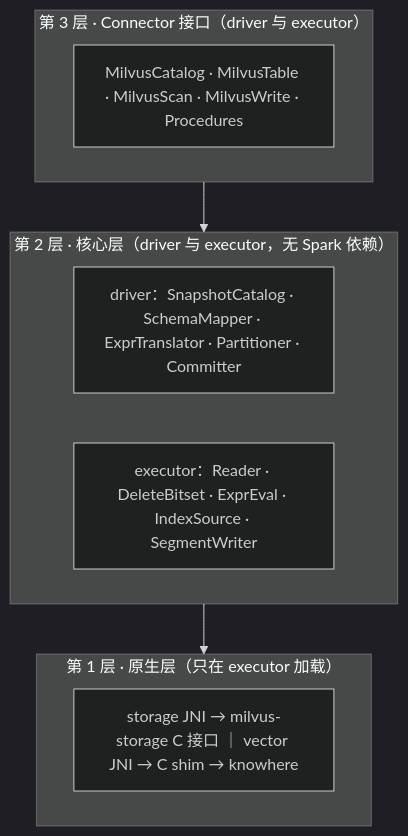
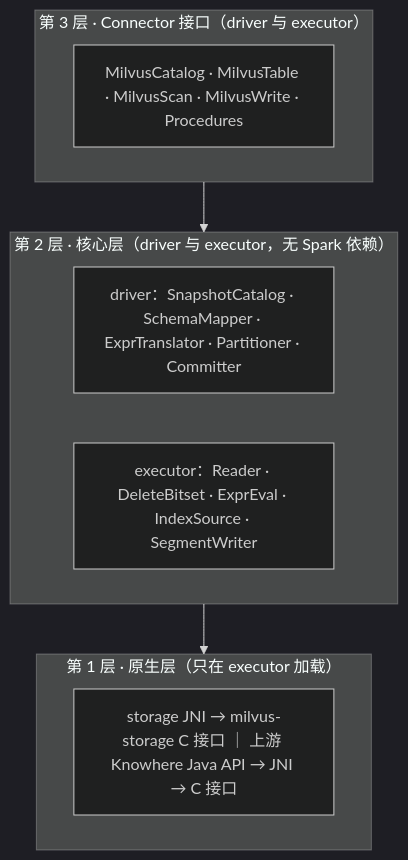
Before and after one commit to zilliztech/spark-milvus: the first of 3 diagrams in docs/design/README.md, drawn with Mermaid (dark theme). The commit also changed other lines of this file and 99 other files, not shown here.

Commit message:
feat: search persisted Milvus indexes through Knowhere

````diff
--- a/docs/design/README.md
+++ b/docs/design/README.md
@@ -53,14 +53,14 @@
 ```mermaid
 flowchart TB
   subgraph L3["第 3 层 · Connector 接口（driver 与 executor）"]
     C3["MilvusCatalog · MilvusTable · MilvusScan · MilvusWrite · Procedures"]
   end
   subgraph L2["第 2 层 · 核心层（driver 与 executor，无 Spark 依赖）"]
     C2d["driver：SnapshotCatalog · SchemaMapper · ExprTranslator · Partitioner · Committer"]
     C2e["executor：Reader · DeleteBitset · ExprEval · IndexSource · SegmentWriter"]
   end
   subgraph L1["第 1 层 · 原生层（只在 executor 加载）"]
-    C1["storage JNI → milvus-storage C 接口 ｜ vector JNI → C shim → knowhere"]
+    C1["storage JNI → milvus-storage C 接口 ｜ 上游 Knowhere Java API → JNI → C 接口"]
   end
   L3 --> L2 --> L1
 ```
````
